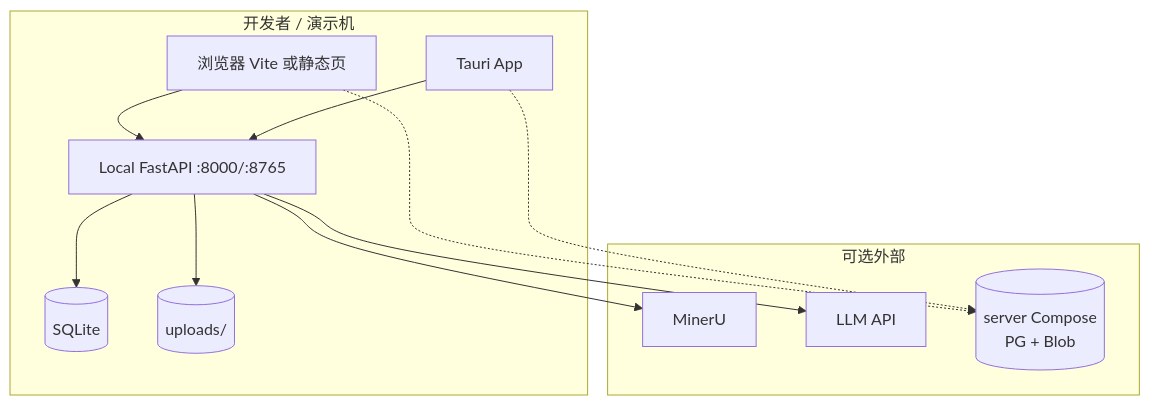
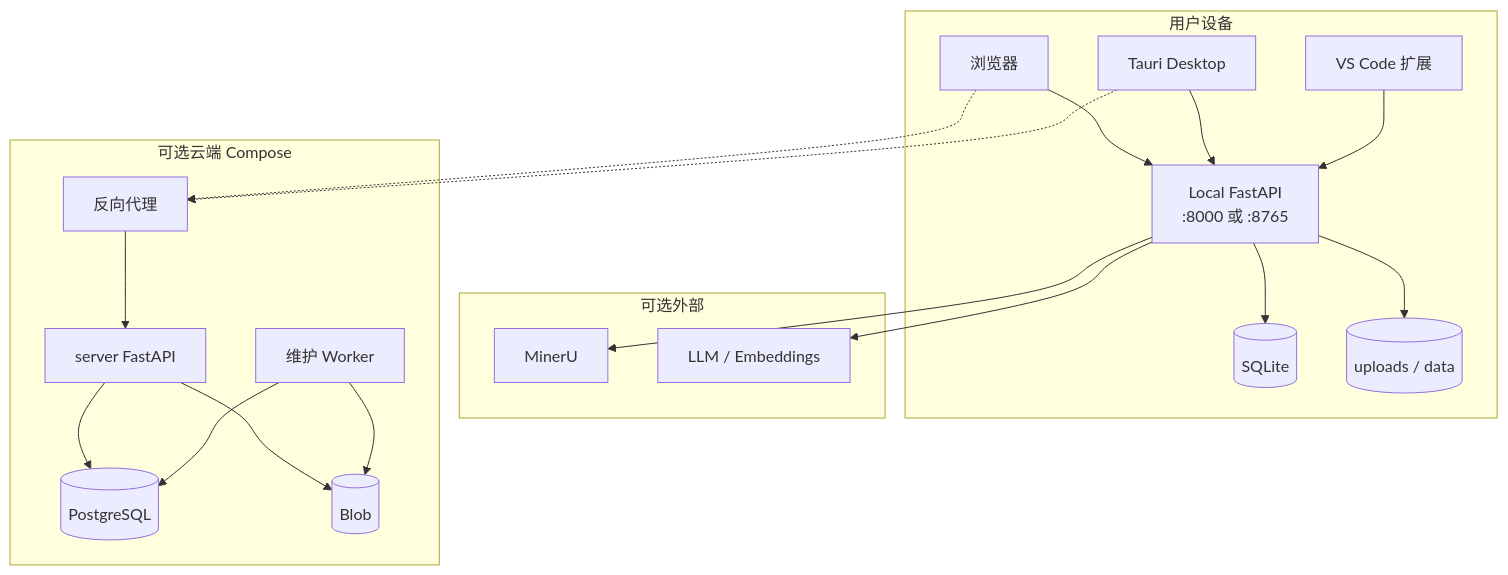
Before and after one commit to 1JI0O/SE26Project-15: the tenth of 12 diagrams in FinalRelease/UML.md, drawn with Mermaid. The commit also changed other lines of this file and 1 other file, not shown here.

````diff
--- a/FinalRelease/UML.md
+++ b/FinalRelease/UML.md
@@ -355,25 +391,39 @@
 ```mermaid
 flowchart TB
-  subgraph DevMachine[开发者 / 演示机]
-    Browser[浏览器 Vite 或静态页]
-    Tauri[Tauri App]
-    LocalAPI[Local FastAPI :8000/:8765]
+  subgraph Device[用户设备]
+    Browser[浏览器]
+    Tauri[Tauri Desktop]
+    VSCode[VS Code 扩展]
+    LocalAPI[Local FastAPI\n:8000 或 :8765]
     SQLite[(SQLite)]
-    Uploads[(uploads/)]
+    Files[(uploads / data)]
   end
 
-  subgraph Optional[可选外部]
+  subgraph OptionalExt[可选外部]
     MinerUSvc[MinerU]
-    LLMSvc[LLM API]
-    Cloud[(server Compose\nPG + Blob)]
+    LLMSvc[LLM / Embeddings]
+  end
+
+  subgraph OptionalCloud[可选云端 Compose]
+    Proxy[反向代理]
+    CloudAPI[server FastAPI]
+    Worker[维护 Worker]
+    PG[(PostgreSQL)]
+    Blob[(Blob)]
   end
 
   Browser --> LocalAPI
   Tauri --> LocalAPI
+  VSCode --> LocalAPI
   LocalAPI --> SQLite
-  LocalAPI --> Uploads
+  LocalAPI --> Files
   LocalAPI --> MinerUSvc
   LocalAPI --> LLMSvc
-  Browser -.-> Cloud
-  Tauri -.-> Cloud
+  Browser -.-> Proxy
+  Tauri -.-> Proxy
+  Proxy --> CloudAPI
+  CloudAPI --> PG
+  CloudAPI --> Blob
+  Worker --> PG
+  Worker --> Blob
 ```
````
